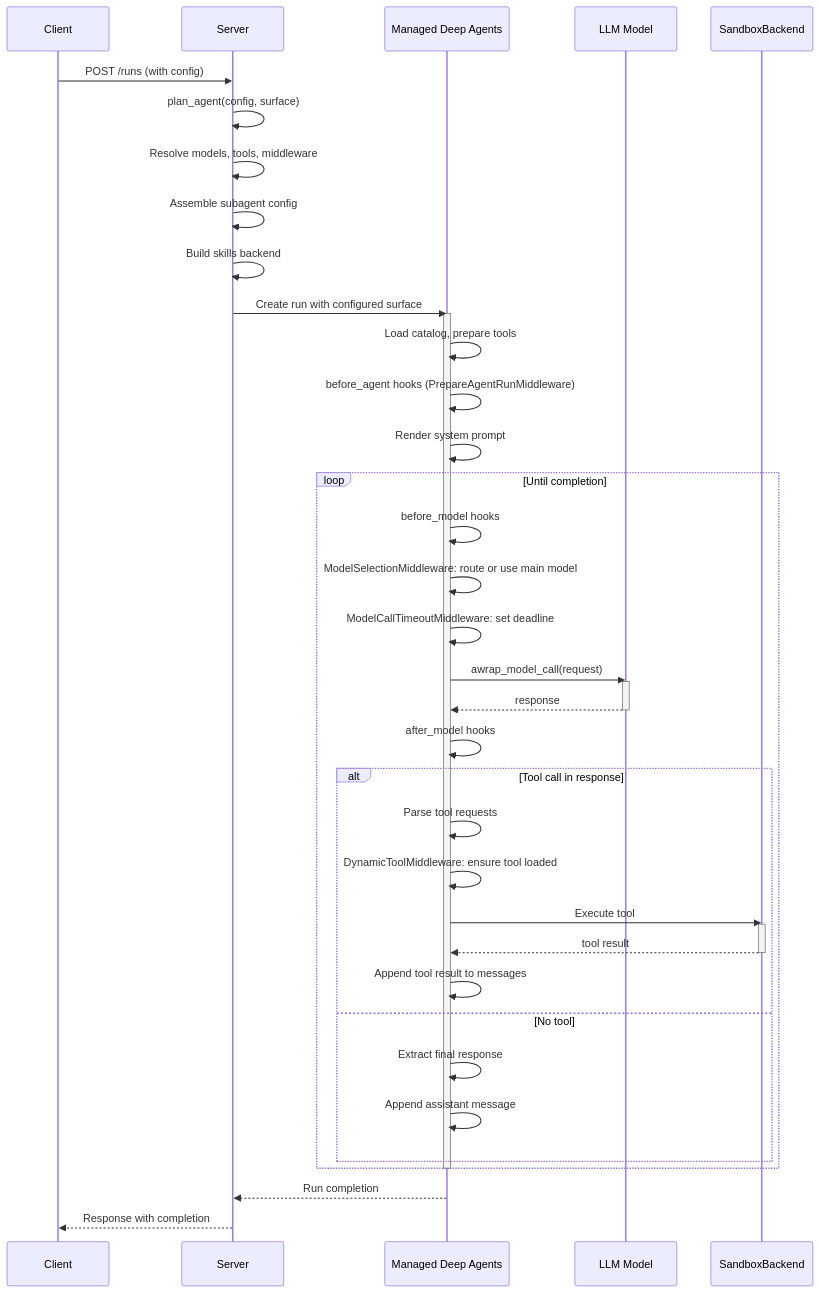
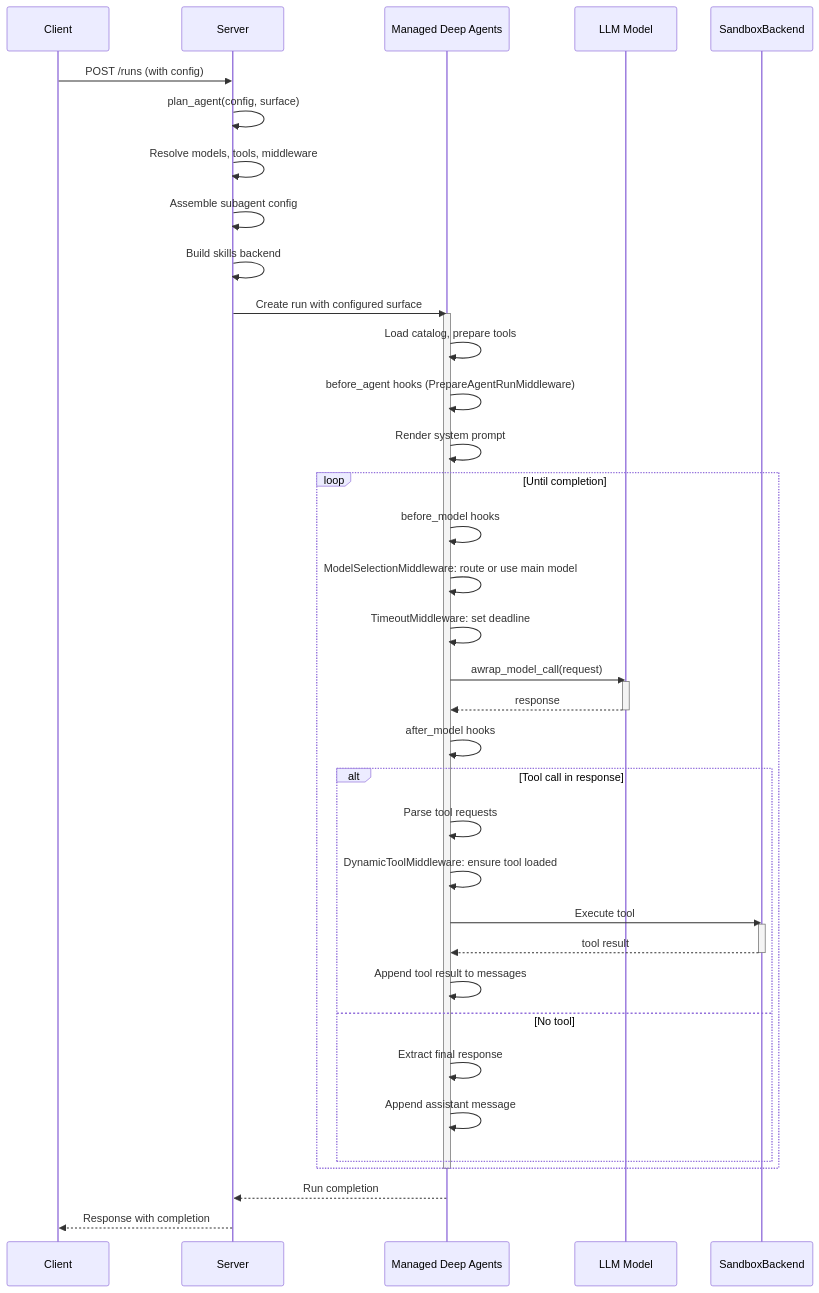
One commit to aeteq/open-swe changed the diagram in openwiki/architecture/agent-graph.md. Above: the diagram before and after it, drawn with Mermaid. The commit also changed other lines of this file and 48 other files, not shown here.

````diff
--- a/openwiki/architecture/agent-graph.md
+++ b/openwiki/architecture/agent-graph.md
@@ -163,54 +158,54 @@
 ```mermaid
 sequenceDiagram
     participant Client
     participant Server
     participant MDA as Managed Deep Agents
     participant Model as LLM Model
     participant Sandbox as SandboxBackend
 
     Client->>Server: POST /runs (with config)
     Server->>Server: plan_agent(config, surface)
     
     Server->>Server: Resolve models, tools, middleware
     Server->>Server: Assemble subagent config
     Server->>Server: Build skills backend
     
     Server->>MDA: Create run with configured surface
     activate MDA
     
     MDA->>MDA: Load catalog, prepare tools
     MDA->>MDA: before_agent hooks (PrepareAgentRunMiddleware)
     MDA->>MDA: Render system prompt
     
     loop Until completion
         MDA->>MDA: before_model hooks
         MDA->>MDA: ModelSelectionMiddleware: route or use main model
-        MDA->>MDA: ModelCallTimeoutMiddleware: set deadline
+        MDA->>MDA: TimeoutMiddleware: set deadline
         
         MDA->>Model: awrap_model_call(request)
         activate Model
         Model-->>MDA: response
         deactivate Model
         
         MDA->>MDA: after_model hooks
         
         alt Tool call in response
             MDA->>MDA: Parse tool requests
             MDA->>MDA: DynamicToolMiddleware: ensure tool loaded
             
             MDA->>Sandbox: Execute tool
             activate Sandbox
             Sandbox-->>MDA: tool result
             deactivate Sandbox
             
             MDA->>MDA: Append tool result to messages
         else No tool
             MDA->>MDA: Extract final response
             MDA->>MDA: Append assistant message
         end
     end
     
     deactivate MDA
     MDA-->>Server: Run completion
     Server-->>Client: Response with completion
 ```
````
